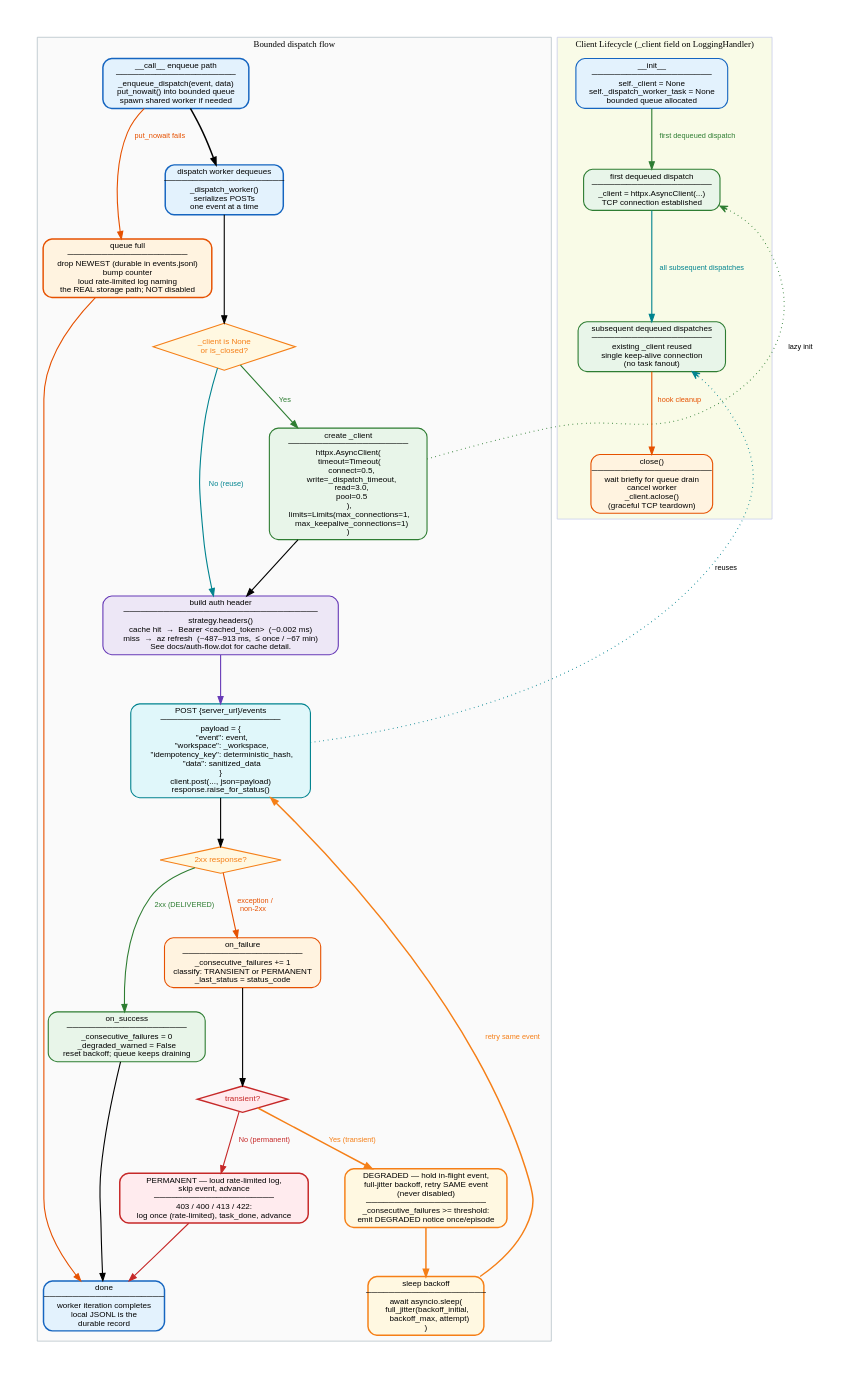
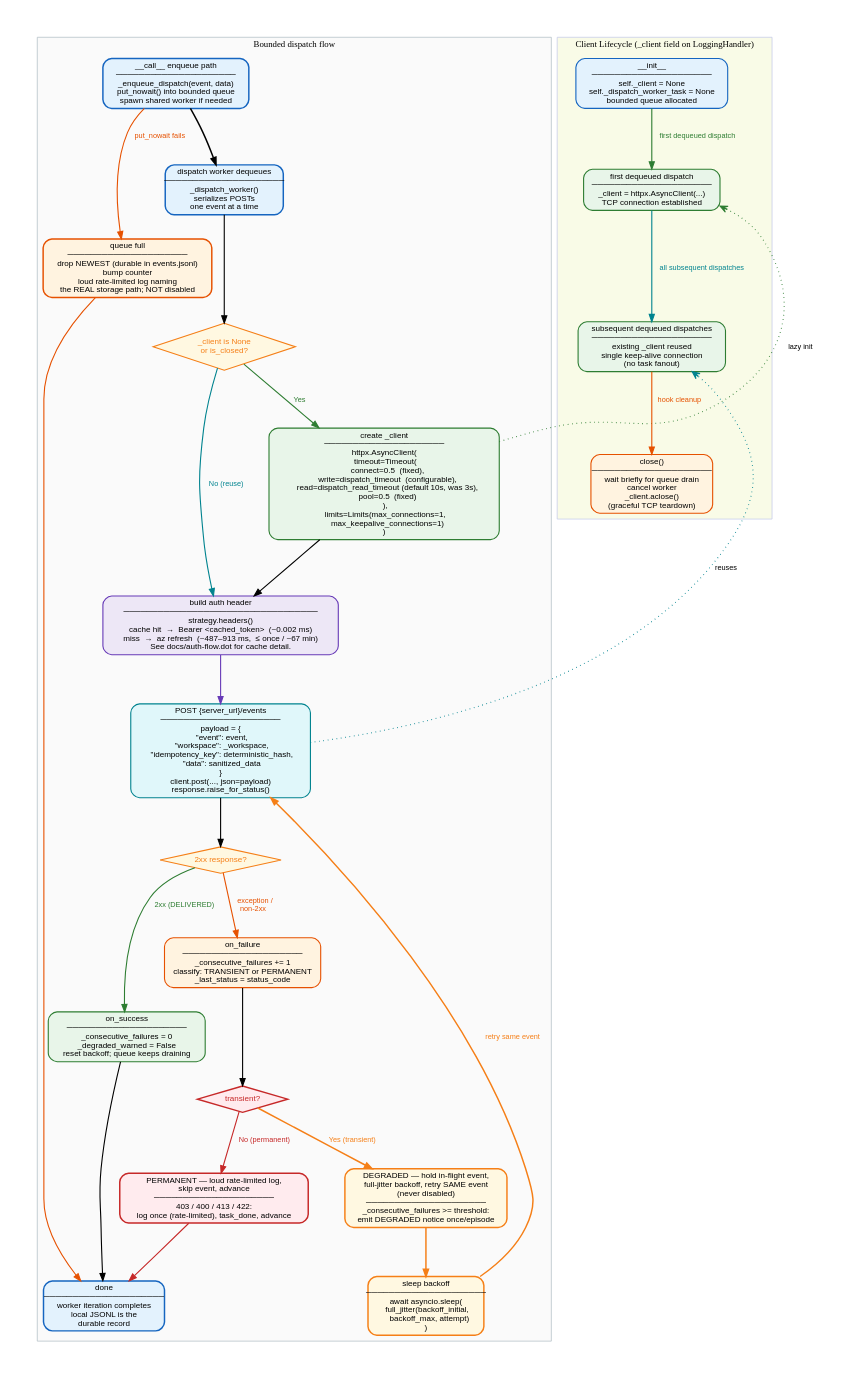
The diagram in docs/dispatch-circuit-breaker.dot (microsoft/amplifier-bundle-context-intelligence), drawn with Graphviz before and after one commit. The commit also changed 5 other files, not shown here.

```diff
--- a/docs/dispatch-circuit-breaker.dot
+++ b/docs/dispatch-circuit-breaker.dot
@@ -74,7 +74,7 @@
         node [shape=box, style="rounded,filled", penwidth=1.5];
 
         create_client [
-            label="create _client\n─────────────────────\nhttpx.AsyncClient(\n  timeout=Timeout(\n    connect=0.5,\n    write=_dispatch_timeout,\n    read=3.0,\n    pool=0.5\n  ),\n  limits=Limits(max_connections=1,\n    max_keepalive_connections=1)\n)",
+            label="create _client\n─────────────────────\nhttpx.AsyncClient(\n  timeout=Timeout(\n    connect=0.5  (fixed),\n    write=dispatch_timeout  (configurable),\n    read=dispatch_read_timeout (default 10s, was 3s),\n    pool=0.5  (fixed)\n  ),\n  limits=Limits(max_connections=1,\n    max_keepalive_connections=1)\n)",
             fillcolor="#E8F5E9",
             color="#2E7D32"
         ];
```
